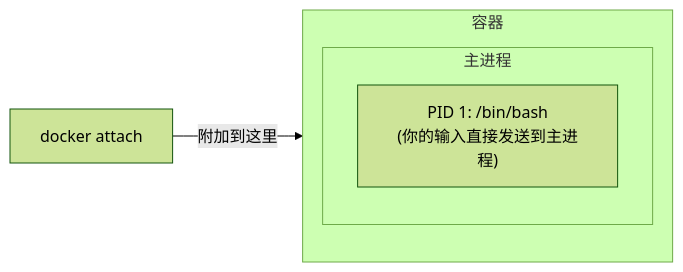
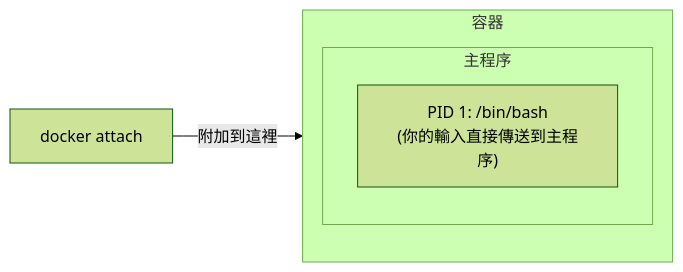
One commit to doggy8088/docker_practice changed the first of 2 diagrams in 05_container/5.4_attach_exec.md. Above: the diagram before and after it, drawn with Mermaid (forest theme). The commit also changed other lines of this file and 211 other files, not shown here.

````diff
--- a/05_container/5.4_attach_exec.md
+++ b/05_container/5.4_attach_exec.md
@@ -123,10 +123,10 @@
 ```mermaid
 flowchart LR
     subgraph Container ["容器"]
         direction TB
-        subgraph Process ["主进程"]
-            P1["PID 1: /bin/bash<br>(你的输入直接发送到主进程)"]
+        subgraph Process ["主程序"]
+            P1["PID 1: /bin/bash<br>(你的輸入直接傳送到主程序)"]
         end
     end
-    Attach["docker attach"] -->|"附加到这里"| P1
+    Attach["docker attach"] -->|"附加到這裡"| P1
 ```
````
